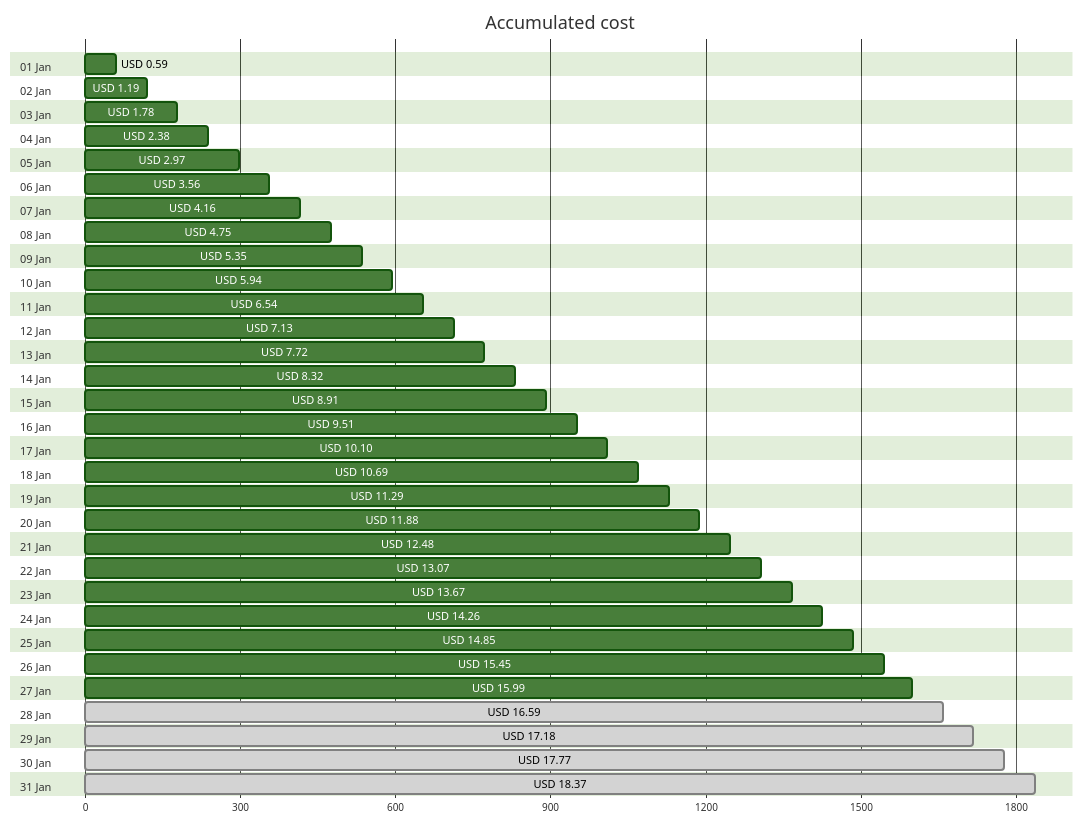
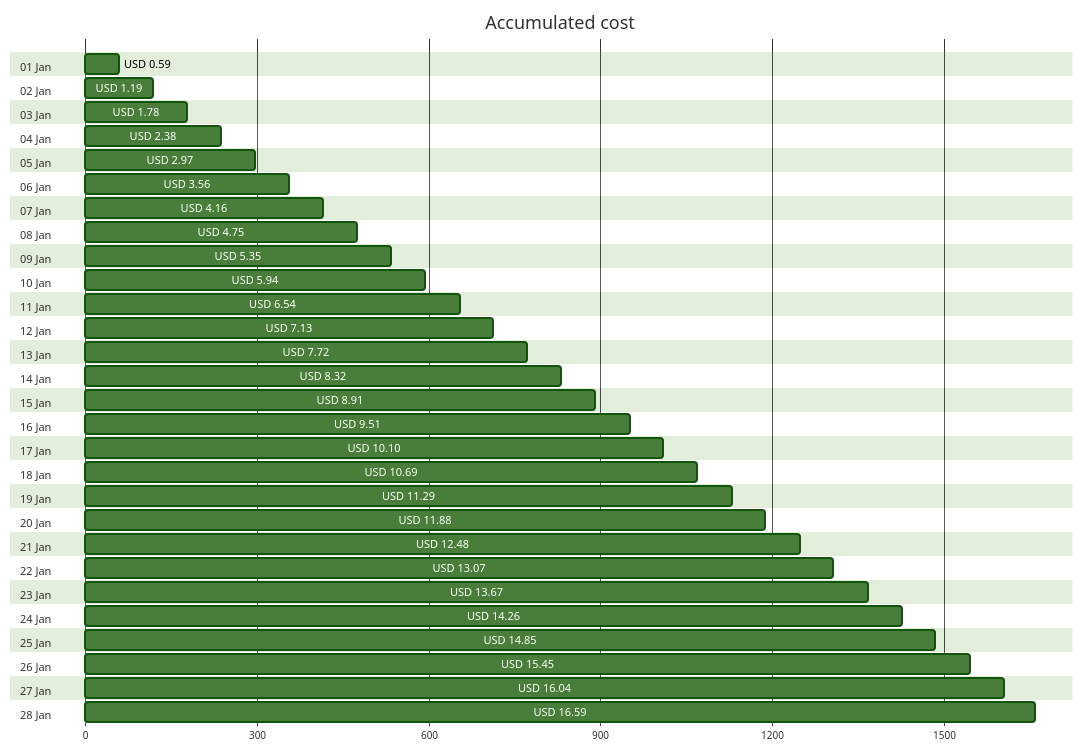
One commit to jpfulton/azure-personal-reports changed the first of 4 diagrams in cost-reports/personal-site/README.md. Above: the diagram before and after it, drawn with Mermaid (forest theme). The commit also changed other lines of this file and 6 other files, not shown here.

````diff
--- a/cost-reports/personal-site/README.md
+++ b/cost-reports/personal-site/README.md
@@ -20,68 +20,62 @@
 ```mermaid
 gantt
    title Accumulated cost
    dateFormat  X
    axisFormat %s
    section 01 Jan
    USD 0.59 :0, 59
    section 02 Jan
    USD 1.19 :0, 119
    section 03 Jan
    USD 1.78 :0, 178
    section 04 Jan
    USD 2.38 :0, 238
    section 05 Jan
    USD 2.97 :0, 297
    section 06 Jan
    USD 3.56 :0, 356
    section 07 Jan
    USD 4.16 :0, 416
    section 08 Jan
    USD 4.75 :0, 475
    section 09 Jan
    USD 5.35 :0, 535
    section 10 Jan
    USD 5.94 :0, 594
    section 11 Jan
    USD 6.54 :0, 654
    section 12 Jan
    USD 7.13 :0, 713
    section 13 Jan
    USD 7.72 :0, 772
    section 14 Jan
    USD 8.32 :0, 832
    section 15 Jan
    USD 8.91 :0, 891
    section 16 Jan
    USD 9.51 :0, 951
    section 17 Jan
    USD 10.10 :0, 1010
    section 18 Jan
    USD 10.69 :0, 1069
    section 19 Jan
    USD 11.29 :0, 1129
    section 20 Jan
    USD 11.88 :0, 1188
    section 21 Jan
    USD 12.48 :0, 1248
    section 22 Jan
    USD 13.07 :0, 1307
    section 23 Jan
    USD 13.67 :0, 1367
    section 24 Jan
    USD 14.26 :0, 1426
    section 25 Jan
    USD 14.85 :0, 1485
    section 26 Jan
    USD 15.45 :0, 1545
    section 27 Jan
-   USD 15.99 :0, 1599
+   USD 16.04 :0, 1604
    section 28 Jan
-   USD 16.59 : done, 0, 1659
-   section 29 Jan
-   USD 17.18 : done, 0, 1718
-   section 30 Jan
-   USD 17.77 : done, 0, 1777
-   section 31 Jan
-   USD 18.37 : done, 0, 1837
+   USD 16.59 :0, 1659
 ```
````
